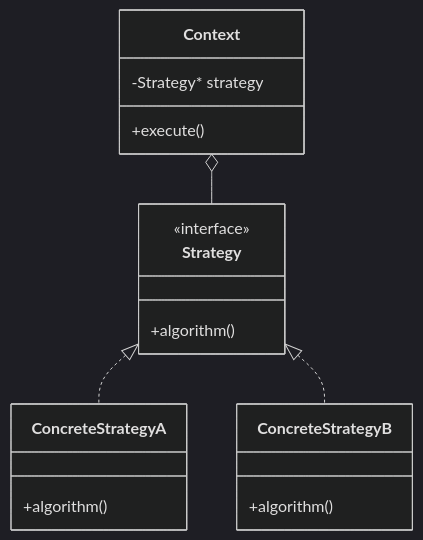
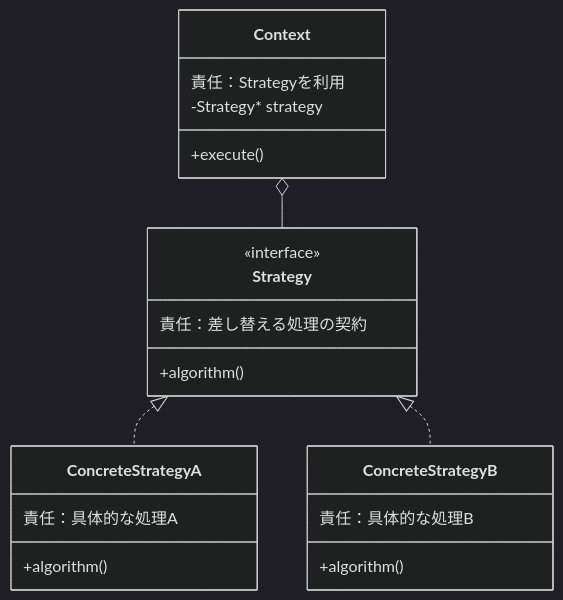
Before and after one commit to kumachan1101-pixel/DesignPattern: diagram 20 of 20 in kindle/design-patterns/books/volume01-core-patterns/output/03-chapter01.md, drawn with Mermaid (dark theme). The commit also changed other lines of this file and 12 other files, not shown here.

````diff
--- a/kindle/design-patterns/books/volume01-core-patterns/output/03-chapter01.md
+++ b/kindle/design-patterns/books/volume01-core-patterns/output/03-chapter01.md
@@ -2749,20 +2781,24 @@
 ```mermaid
 classDiagram
     class Context {
+        責任：Strategyを利用
         -Strategy* strategy
         +execute()
     }
     class Strategy {
         <<interface>>
+        責任：差し替える処理の契約
         +algorithm()
     }
     class ConcreteStrategyA {
+        責任：具体的な処理A
         +algorithm()
     }
     class ConcreteStrategyB {
+        責任：具体的な処理B
         +algorithm()
     }
     Context o-- Strategy
     Strategy <|.. ConcreteStrategyA
     Strategy <|.. ConcreteStrategyB
 ```
````
